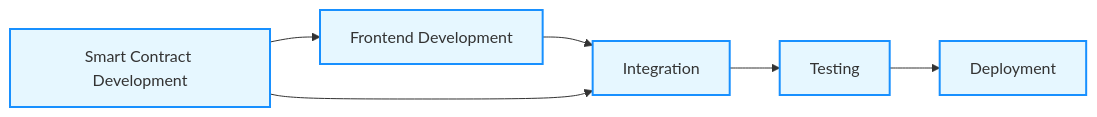
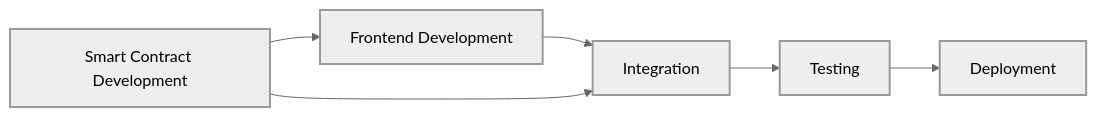
The tenth of 10 diagrams in README.md (jmakwana01/InsightTiers), drawn with Mermaid before and after one commit. The commit also changed other lines of this file, not shown here.

````diff
--- a/README.md
+++ b/README.md
@@ -609,17 +574,21 @@
 ```mermaid
+%%{init: {'theme':'neutral', 'themeVariables': {'primaryColor': '#f5f5f5', 'primaryTextColor': '#000000', 'primaryBorderColor': '#333333', 'lineColor': '#666666', 'fontFamily': 'arial'}}}%%
 graph LR
     SC[Smart Contract Development]
     FE[Frontend Development]
     INT[Integration]
     TEST[Testing]
     DEPLOY[Deployment]
     
     SC --> FE
     FE --> INT
     SC --> INT
     INT --> TEST
     TEST --> DEPLOY
     
-    classDef phase fill:#e6f7ff,stroke:#1890ff,stroke-width:2px;
-    class SC,FE,INT,TEST,DEPLOY phase;
+    style SC stroke-width:2px
+    style FE stroke-width:2px
+    style INT stroke-width:2px
+    style TEST stroke-width:2px
+    style DEPLOY stroke-width:2px
 ```
````
